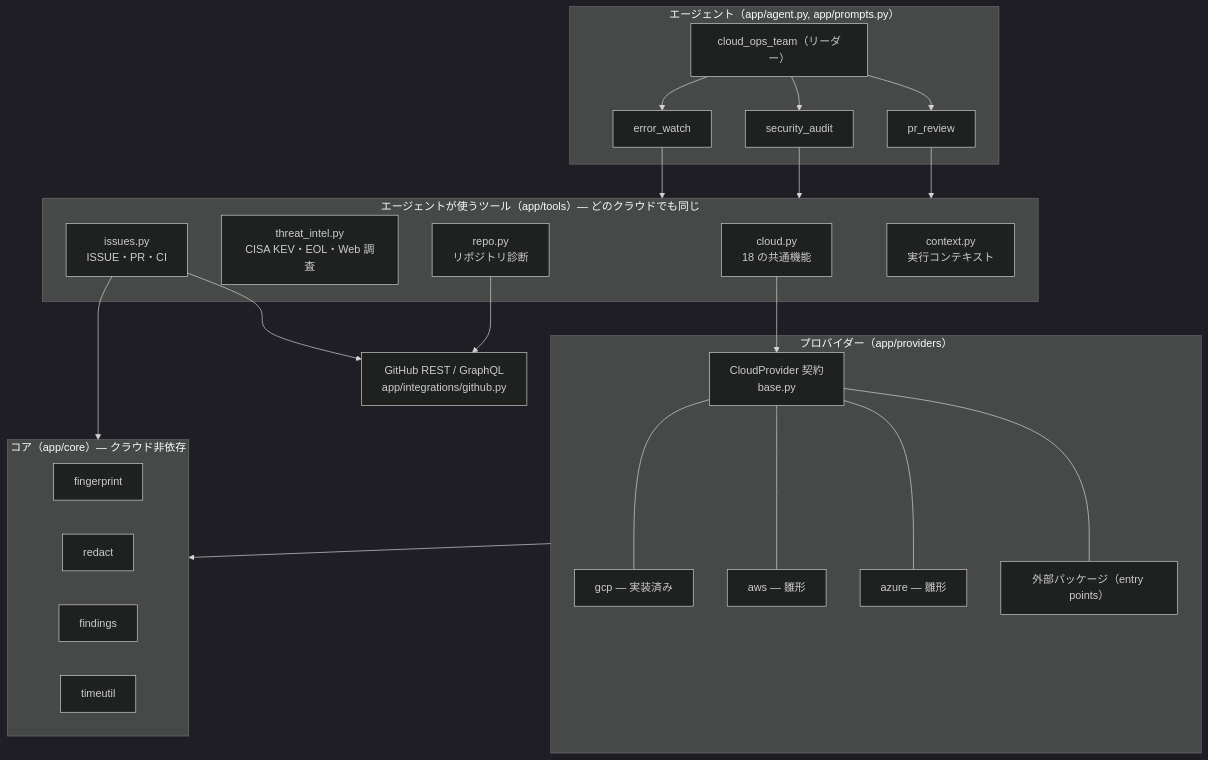
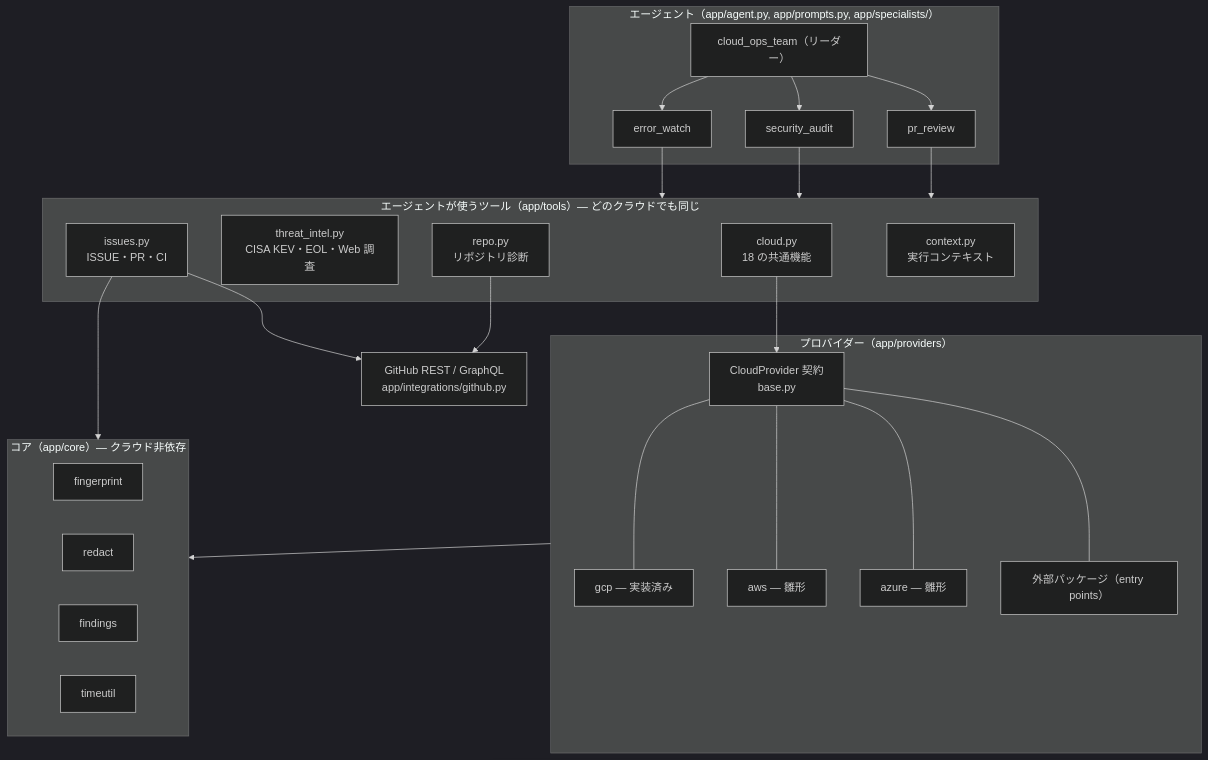
The second of 4 diagrams in docs/ja/architecture.md (atsuki-sakai/cloud-ops-team), drawn with Mermaid (dark theme) before and after one commit. The commit also changed other lines of this file and 39 other files, not shown here.

````diff
--- a/docs/ja/architecture.md
+++ b/docs/ja/architecture.md
@@ -38,37 +38,37 @@
 ```mermaid
 flowchart TB
-    subgraph Agents["エージェント（app/agent.py, app/prompts.py）"]
+    subgraph Agents["エージェント（app/agent.py, app/prompts.py, app/specialists/）"]
         ROOT["cloud_ops_team（リーダー）"]
         EW["error_watch"]
         SA["security_audit"]
         PR["pr_review"]
         ROOT --> EW & SA & PR
     end
     subgraph Tools["エージェントが使うツール（app/tools）— どのクラウドでも同じ"]
         CLOUD["cloud.py<br/>18 の共通機能"]
         TI["threat_intel.py<br/>CISA KEV・EOL・Web 調査"]
         REPO["repo.py<br/>リポジトリ診断"]
         ISS["issues.py<br/>ISSUE・PR・CI"]
         CTX["context.py<br/>実行コンテキスト"]
     end
     subgraph Providers["プロバイダー（app/providers）"]
         BASE["CloudProvider 契約<br/>base.py"]
         GCP["gcp — 実装済み"]
         AWS["aws — 雛形"]
         AZ["azure — 雛形"]
         EXT["外部パッケージ（entry points）"]
         BASE --- GCP & AWS & AZ & EXT
     end
     subgraph Core["コア（app/core）— クラウド非依存"]
         FP["fingerprint"]
         RD["redact"]
         FD["findings"]
         TU["timeutil"]
     end
     GH["GitHub REST / GraphQL<br/>app/integrations/github.py"]
     EW & SA & PR --> Tools
     CLOUD --> BASE
     ISS & REPO --> GH
     Providers --> Core
     ISS --> Core
 ```
````
